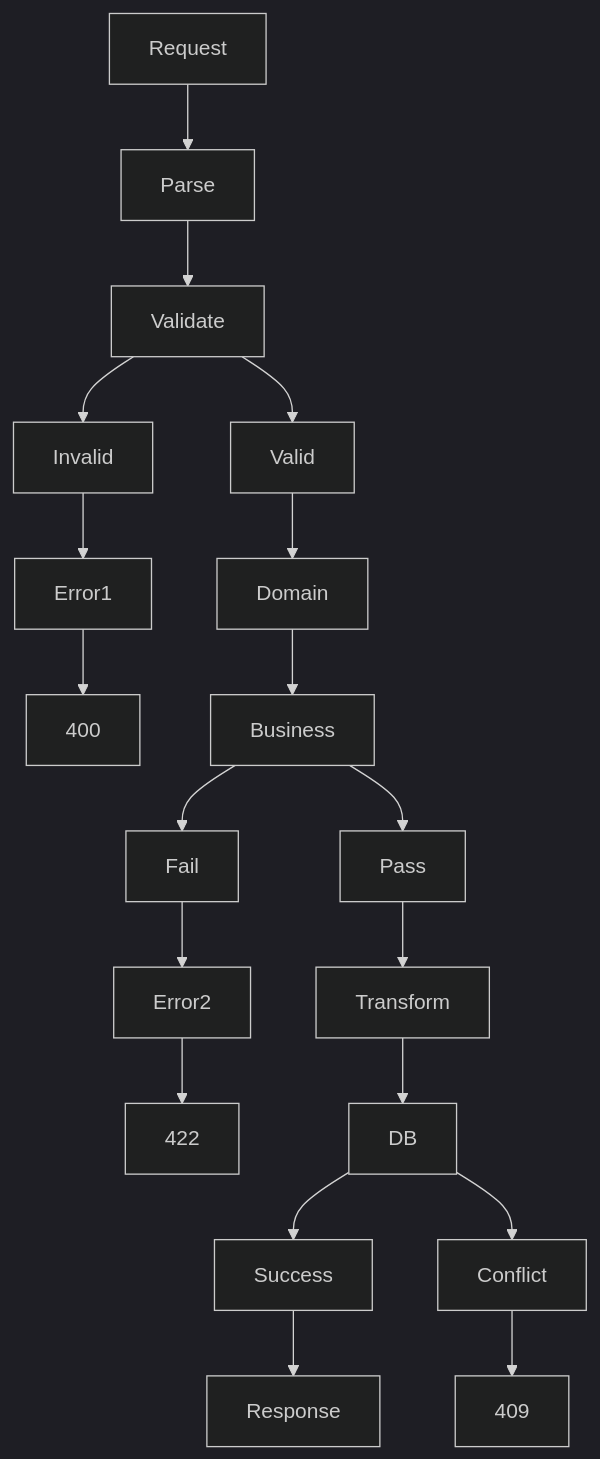
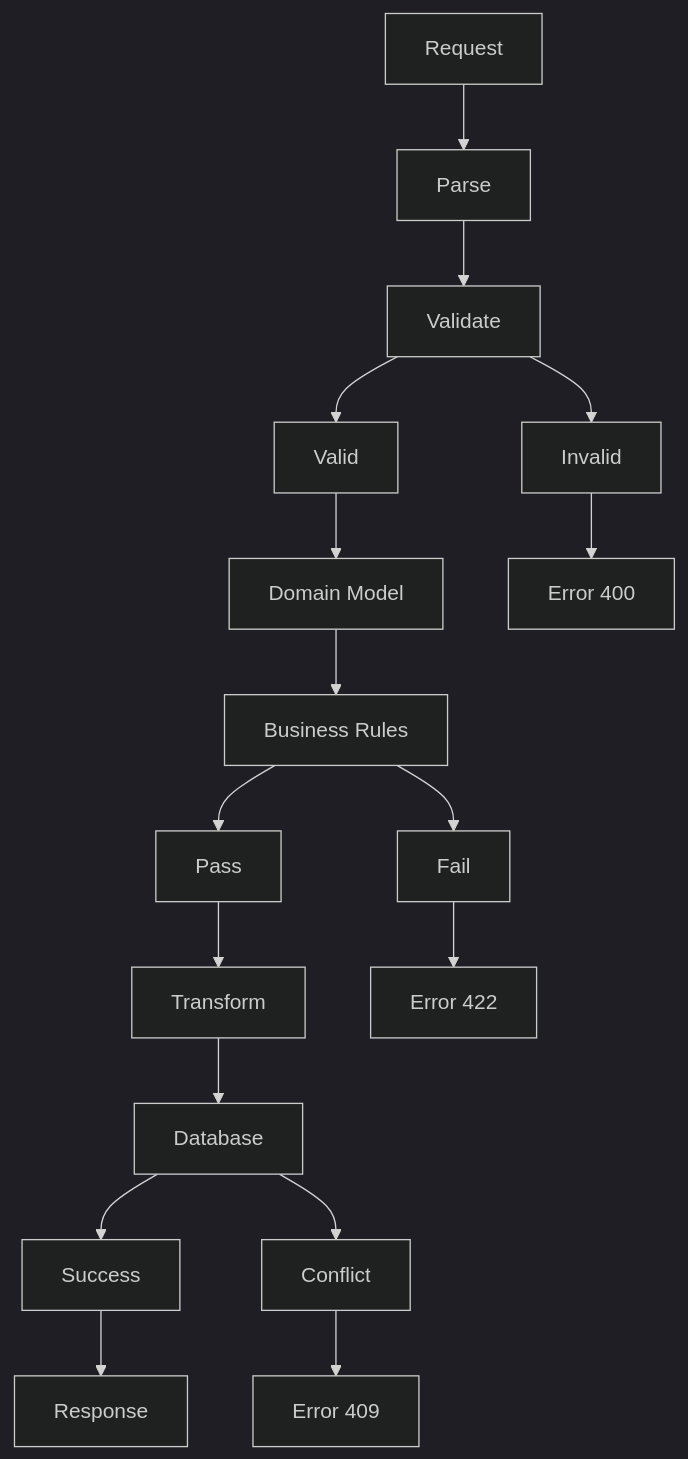
Before and after one commit to doitsu2014/crypto-pocket-butler: the third of 4 diagrams in docs/architecture/01-architecture-design/02-api-dataflow.md, drawn with Mermaid (dark theme). The commit also changed other lines of this file and 3 other files, not shown here.

First line of the commit message:
docs: Fix all Mermaid syntax errors for GitHub compatibility

````diff
--- a/docs/architecture/01-architecture-design/02-api-dataflow.md
+++ b/docs/architecture/01-architecture-design/02-api-dataflow.md
@@ -49,21 +62,19 @@
 ```mermaid
 graph TD
-    Request --> Parse
-    Parse --> Validate
-    Validate --> Valid
-    Valid --> Domain
-    Domain --> Business
-    Business --> Pass
-    Pass --> Transform
-    Transform --> DB
-    DB --> Success
-    Validate --> Invalid
-    Invalid --> Error1
-    Business --> Fail
-    Fail --> Error2
-    DB --> Conflict
-    Error1 --> 400
-    Error2 --> 422
-    Conflict --> 409
-    Success --> Response
+    R[Request] --> P[Parse]
+    P --> V[Validate]
+    V --> VL[Valid]
+    VL --> DM[Domain Model]
+    DM --> B[Business Rules]
+    B --> PS[Pass]
+    PS --> T[Transform]
+    T --> DB[Database]
+    DB --> S[Success]
+    V --> IV[Invalid]
+    IV --> E1[Error 400]
+    B --> FL[Fail]
+    FL --> E2[Error 422]
+    DB --> CF[Conflict]
+    CF --> E3[Error 409]
+    S --> RP[Response]
 ```
````
